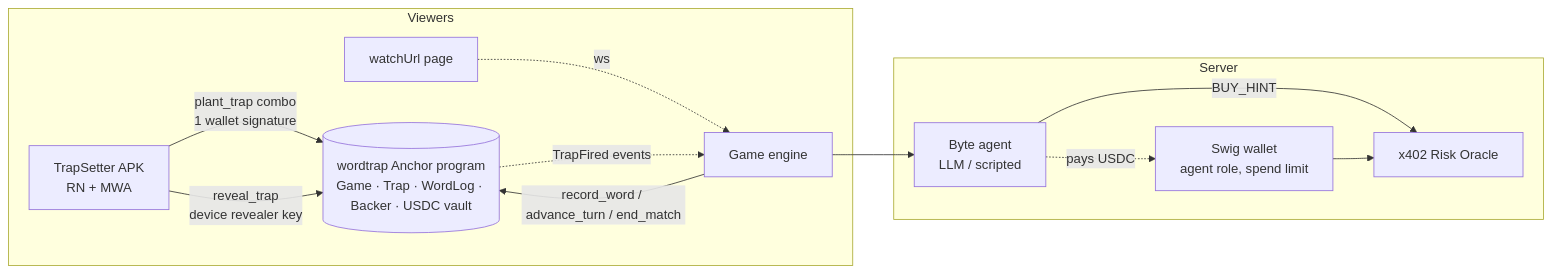
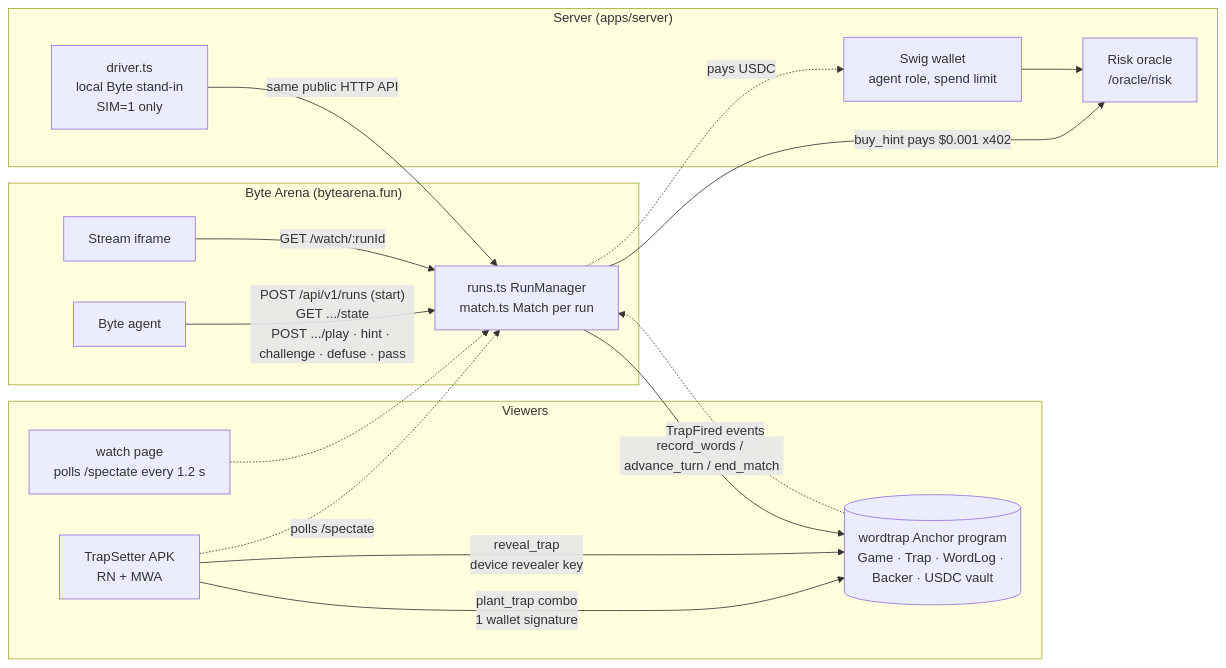
The diagram in docs/ARCHITECTURE.md (chizzy192/wordtrap), drawn with Mermaid before and after one commit. The commit also changed other lines of this file and 22 other files, not shown here.

Commit message:
WordTrap: Byte Arena pivot — turn-based HTTP game API

````diff
--- a/docs/ARCHITECTURE.md
+++ b/docs/ARCHITECTURE.md
@@ -3,17 +8,22 @@
 ```mermaid
 flowchart LR
+  subgraph ByteArena["Byte Arena (bytearena.fun)"]
+    B[Byte agent] -->|"POST /api/v1/runs (start)<br/>GET .../state<br/>POST .../play · hint · challenge · defuse · pass"| S
+    F[Stream iframe] -->|GET /watch/:runId| S
+  end
   subgraph Viewers
     M[TrapSetter APK<br/>RN + MWA] -->|plant_trap combo<br/>1 wallet signature| P
     M -->|reveal_trap<br/>device revealer key| P
-    W[watchUrl page] -.ws.-> S
+    M -.polls /spectate.-> S
+    W[watch page<br/>polls /spectate every 1.2 s] -.-> S
   end
-  subgraph Server
-    S[Game engine] --> A[Byte agent<br/>LLM / scripted]
-    A -->|BUY_HINT| O[x402 Risk Oracle]
-    A -.pays USDC.-> SW[Swig wallet<br/>agent role, spend limit]
+  subgraph Server["Server (apps/server)"]
+    S[runs.ts RunManager<br/>match.ts Match per run] -->|record_words / advance_turn / end_match| P
+    S -->|buy_hint pays $0.001 x402| O[Risk oracle<br/>/oracle/risk]
+    S -.pays USDC.-> SW[Swig wallet<br/>agent role, spend limit]
     SW --> O
-    S -->|record_word / advance_turn / end_match| P
+    D[driver.ts<br/>local Byte stand-in<br/>SIM=1 only] -->|same public HTTP API| S
   end
   P[(wordtrap Anchor program<br/>Game · Trap · WordLog · Backer · USDC vault)]
   P -.TrapFired events.-> S
 ```
````
